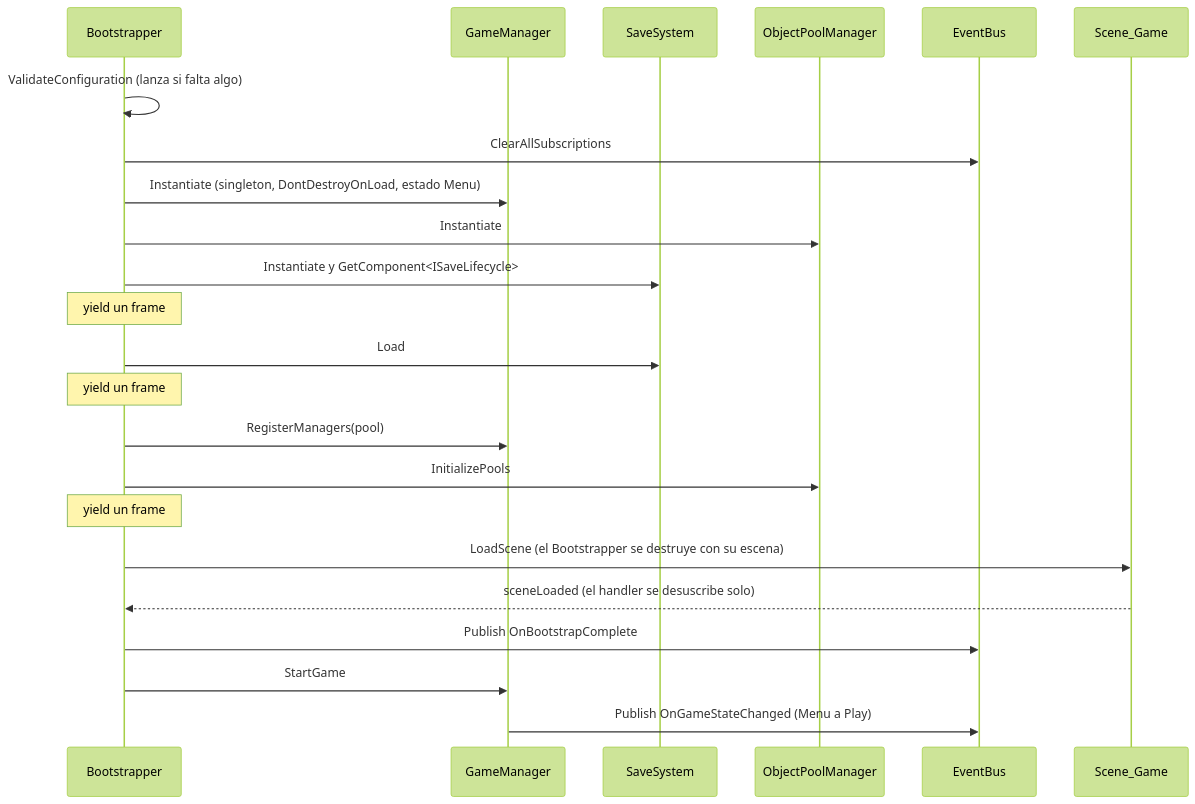
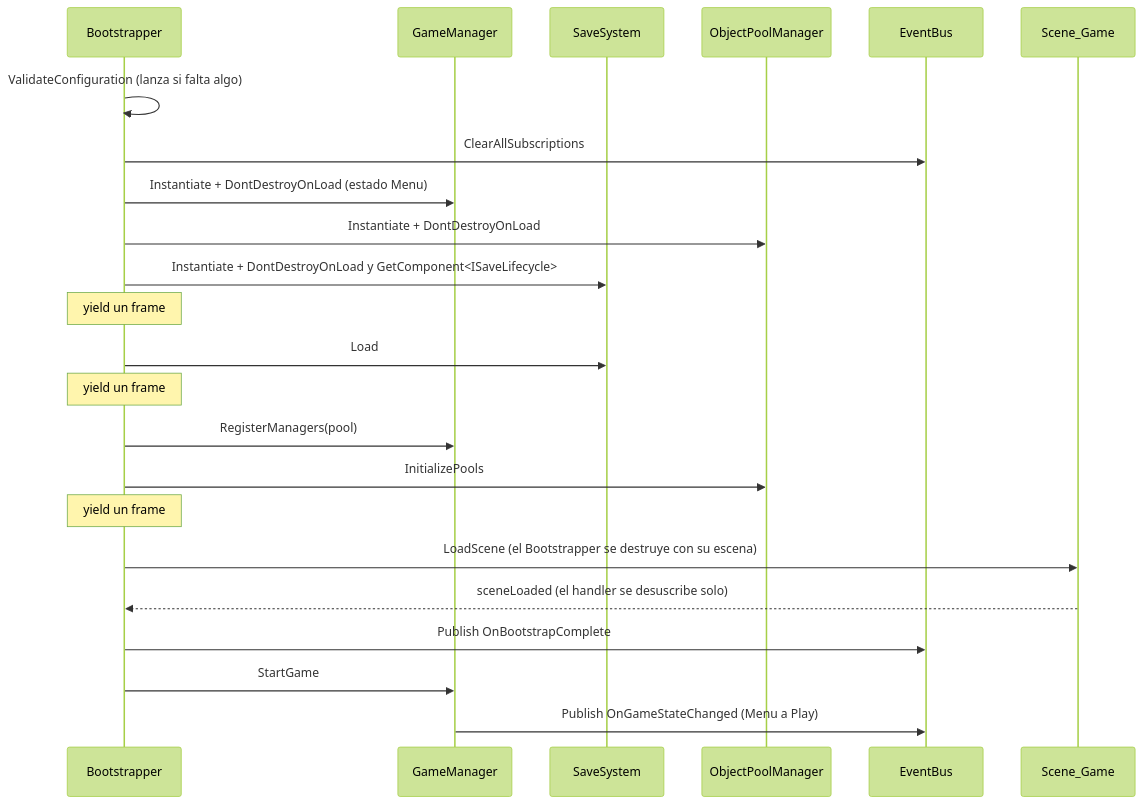
One commit to ningunFernando/DecoupledTemplate changed the first of 2 diagrams in Assets/Docs/ARCHITECTURE.md. Above: the diagram before and after it, drawn with Mermaid (forest theme). The commit also changed other lines of this file and 39 other files, not shown here.

````diff
--- a/Assets/Docs/ARCHITECTURE.md
+++ b/Assets/Docs/ARCHITECTURE.md
@@ -63,26 +65,26 @@
 ```mermaid
 sequenceDiagram
     participant B as Bootstrapper
     participant GM as GameManager
     participant S as SaveSystem
     participant P as ObjectPoolManager
     participant Bus as EventBus
     participant G as Scene_Game
 
     B->>B: ValidateConfiguration (lanza si falta algo)
     B->>Bus: ClearAllSubscriptions
-    B->>GM: Instantiate (singleton, DontDestroyOnLoad, estado Menu)
-    B->>P: Instantiate
-    B->>S: Instantiate y GetComponent<ISaveLifecycle>
+    B->>GM: Instantiate + DontDestroyOnLoad (estado Menu)
+    B->>P: Instantiate + DontDestroyOnLoad
+    B->>S: Instantiate + DontDestroyOnLoad y GetComponent<ISaveLifecycle>
     Note over B: yield un frame
     B->>S: Load
     Note over B: yield un frame
     B->>GM: RegisterManagers(pool)
     B->>P: InitializePools
     Note over B: yield un frame
     B->>G: LoadScene (el Bootstrapper se destruye con su escena)
     G-->>B: sceneLoaded (el handler se desuscribe solo)
     B->>Bus: Publish OnBootstrapComplete
     B->>GM: StartGame
     GM->>Bus: Publish OnGameStateChanged (Menu a Play)
 ```
````
